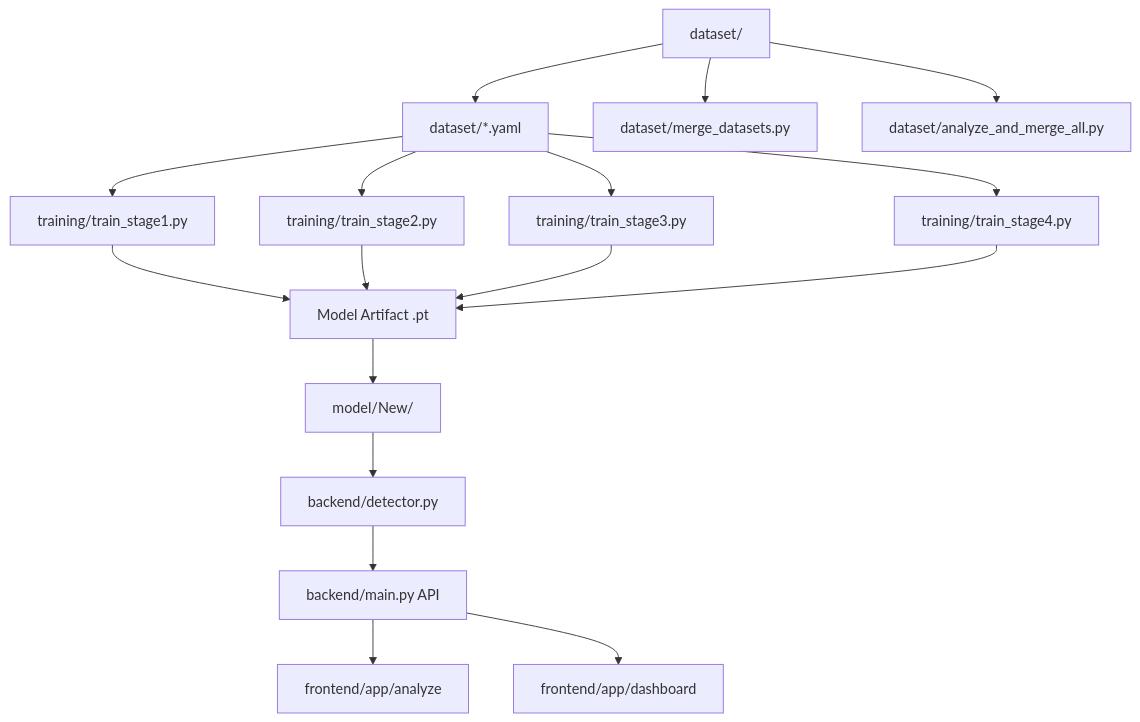
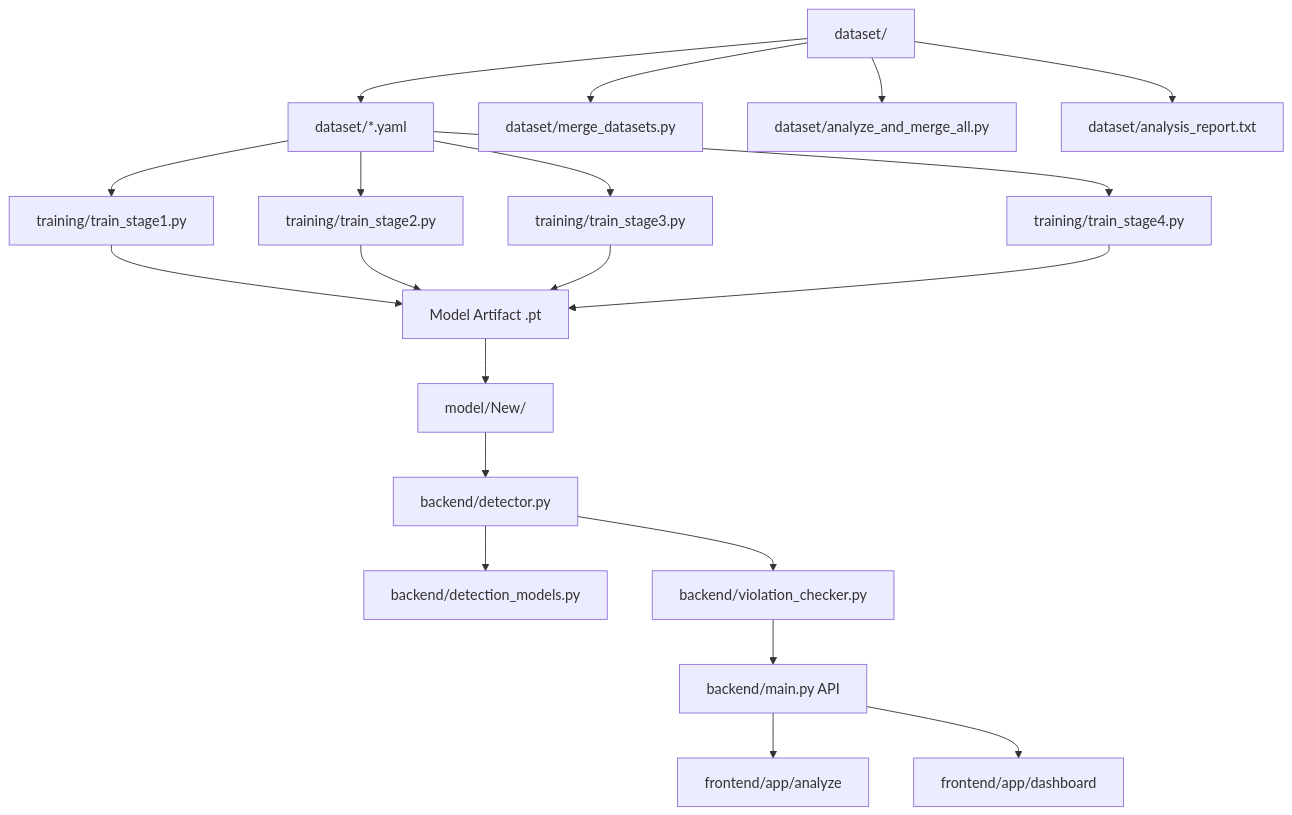
One commit to aryarefman/migas-siews changed the fourth of 5 diagrams in docs/crisp-dm-architecture-flow.md. Above: the diagram before and after it, drawn with Mermaid. The commit also changed other lines of this file and 120 other files, not shown here.

````diff
--- a/docs/crisp-dm-architecture-flow.md
+++ b/docs/crisp-dm-architecture-flow.md
@@ -134,22 +559,25 @@
 ```mermaid
 flowchart TD
     A[dataset/] --> B[dataset/*.yaml]
     A --> C[dataset/merge_datasets.py]
     A --> D[dataset/analyze_and_merge_all.py]
+    A --> E[dataset/analysis_report.txt]
 
-    B --> E[training/train_stage1.py]
-    B --> F[training/train_stage2.py]
-    B --> G[training/train_stage3.py]
-    B --> H[training/train_stage4.py]
+    B --> F[training/train_stage1.py]
+    B --> G[training/train_stage2.py]
+    B --> H[training/train_stage3.py]
+    B --> I[training/train_stage4.py]
 
-    E --> I[Model Artifact .pt]
-    F --> I
-    G --> I
-    H --> I
+    F --> J[Model Artifact .pt]
+    G --> J
+    H --> J
+    I --> J
 
-    I --> J[model/New/]
-    J --> K[backend/detector.py]
-    K --> L[backend/main.py API]
-    L --> M[frontend/app/analyze]
-    L --> N[frontend/app/dashboard]
+    J --> K[model/New/]
+    K --> L[backend/detector.py]
+    L --> M[backend/detection_models.py]
+    L --> N[backend/violation_checker.py]
+    N --> O[backend/main.py API]
+    O --> P[frontend/app/analyze]
+    O --> Q[frontend/app/dashboard]
 ```
````
